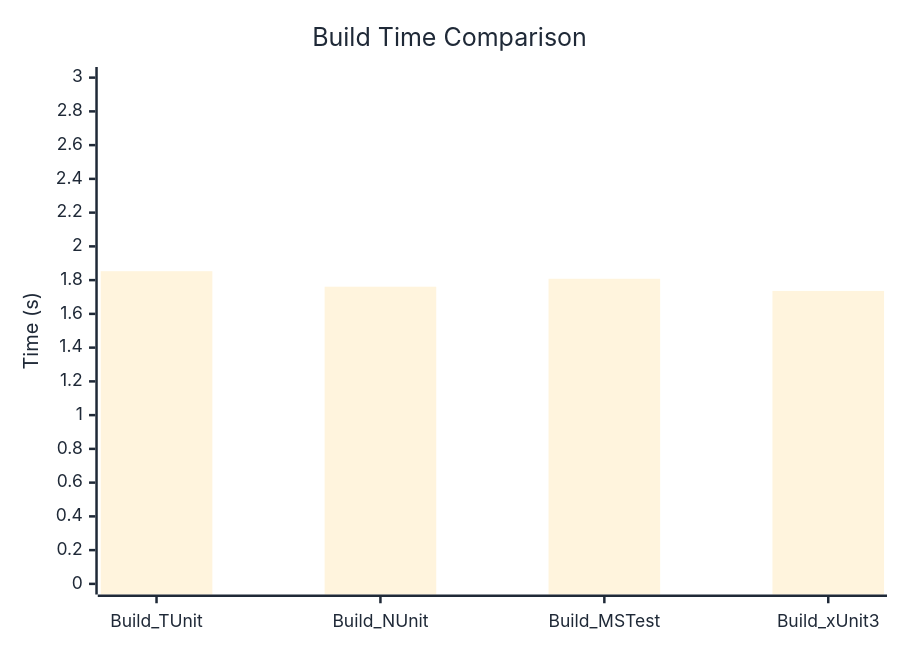
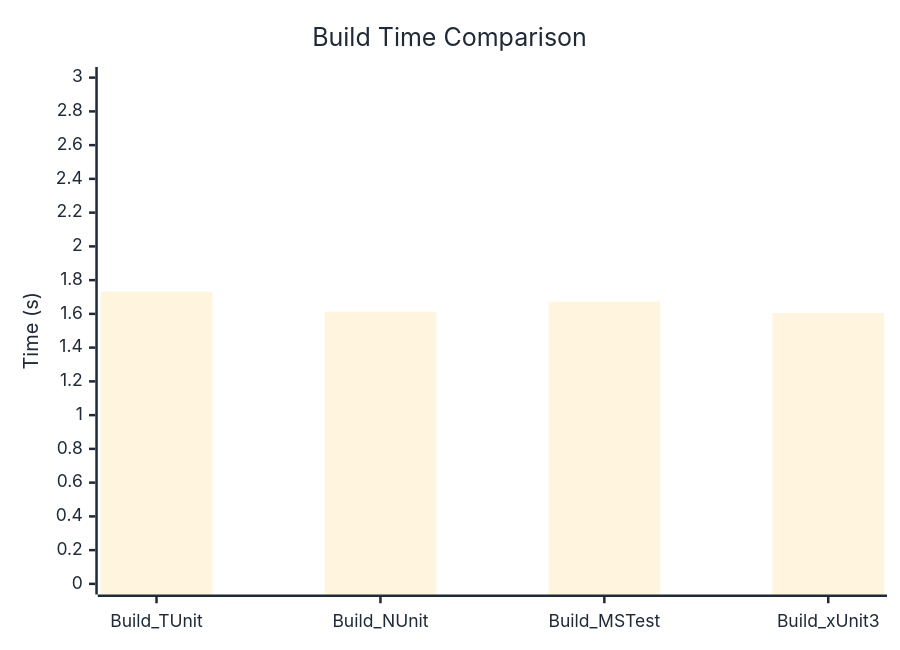
Before and after one commit to thomhurst/TUnit: the diagram in docs/docs/benchmarks/BuildTime.md, drawn with Mermaid. The commit also changed other lines of this file and 17 other files, not shown here.

````diff
--- a/docs/docs/benchmarks/BuildTime.md
+++ b/docs/docs/benchmarks/BuildTime.md
@@ -28,37 +28,37 @@
 ```mermaid
 %%{init: {
   'theme':'base',
   'themeVariables': {
     'primaryColor': '#2563eb',
     'primaryTextColor': '#1f2937',
     'primaryBorderColor': '#1e40af',
     'lineColor': '#6b7280',
     'secondaryColor': '#7c3aed',
     'tertiaryColor': '#dc2626',
     'background': '#ffffff',
     'mainBkg': '#2563eb',
     'secondBkg': '#7c3aed',
     'tertiaryBkg': '#dc2626',
     'clusterBkg': '#f3f4f6',
     'edgeLabelBackground': '#ffffff',
     'tertiaryTextColor': '#1f2937',
     'pie1': '#2563eb',
     'pie2': '#7c3aed',
     'pie3': '#dc2626',
     'pie4': '#f59e0b',
     'pie5': '#10b981',
     'pie6': '#06b6d4',
     'pie7': '#ec4899',
     'pie8': '#6366f1',
     'pie9': '#84cc16',
     'pie10': '#f97316',
     'pie11': '#14b8a6',
     'pie12': '#a855f7'
   }
 }}%%
 xychart-beta
   title "Build Time Comparison"
   x-axis ["Build_TUnit", "Build_NUnit", "Build_MSTest", "Build_xUnit3"]
   y-axis "Time (s)" 0 --> 3
-  bar [1.853, 1.761, 1.808, 1.736]
+  bar [1.732, 1.613, 1.672, 1.605]
 ```
````
